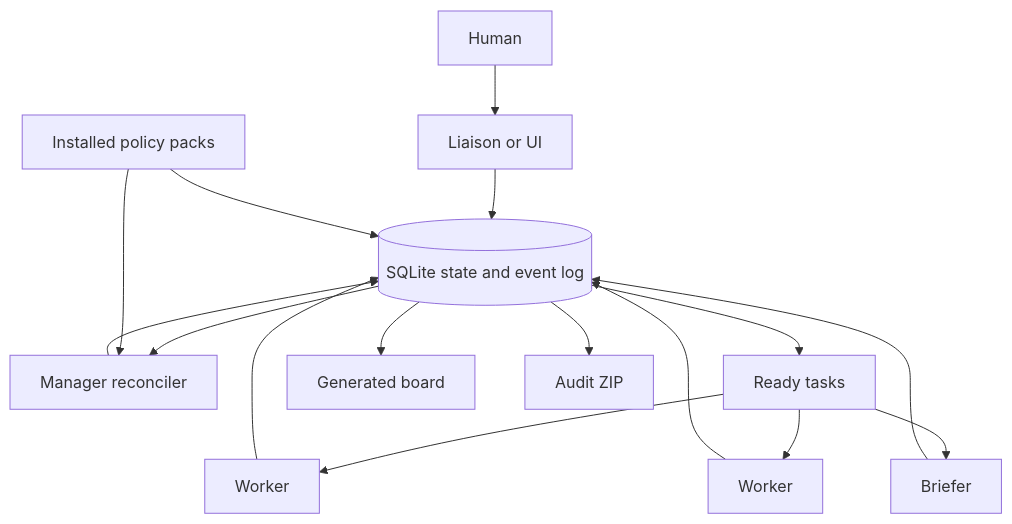
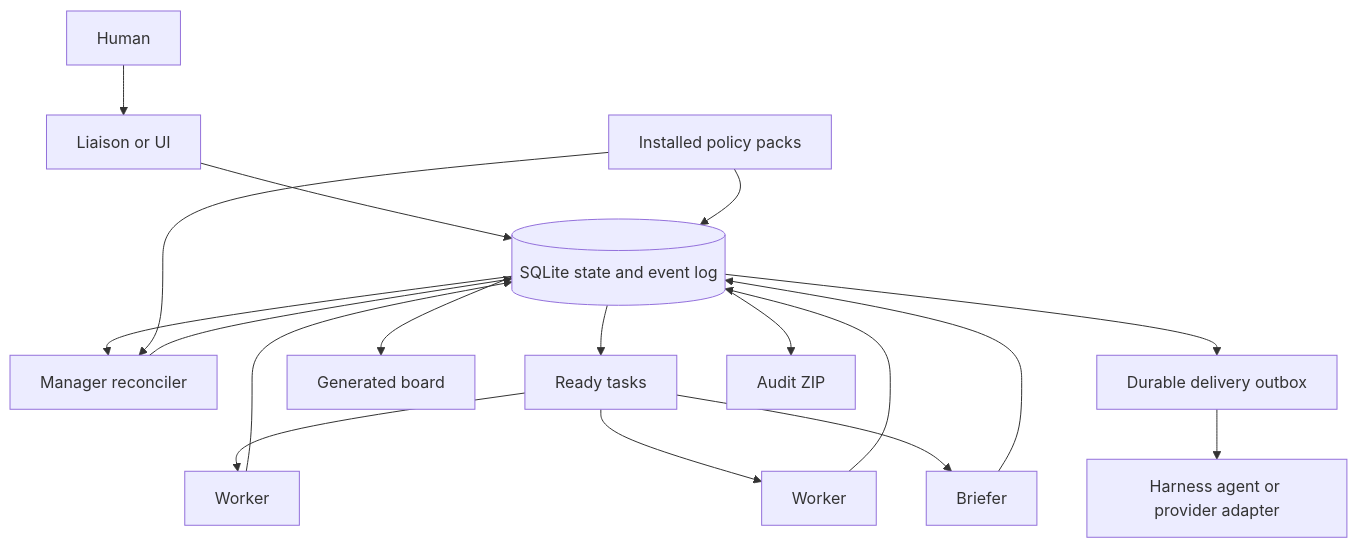
One commit to okhwaja/swarmkit changed the diagram in README.md. Above: the diagram before and after it, drawn with Mermaid. The commit also changed other lines of this file and 20 other files, not shown here.

Commit message:
Add durable delivery extensions

````diff
--- a/README.md
+++ b/README.md
@@ -25,18 +25,20 @@
 ```mermaid
 flowchart TD
     H[Human] --> L[Liaison or UI]
     L --> DB[(SQLite state and event log)]
     DB --> M[Manager reconciler]
     M --> DB
     P[Installed policy packs] --> M
     P --> DB
     DB --> Q[Ready tasks]
     Q --> W1[Worker]
     Q --> W2[Worker]
     Q --> B[Briefer]
     W1 --> DB
     W2 --> DB
     B --> DB
     DB --> V[Generated board]
+    DB --> O[Durable delivery outbox]
+    O --> E[Harness agent or provider adapter]
     DB --> X[Audit ZIP]
 ```
````
